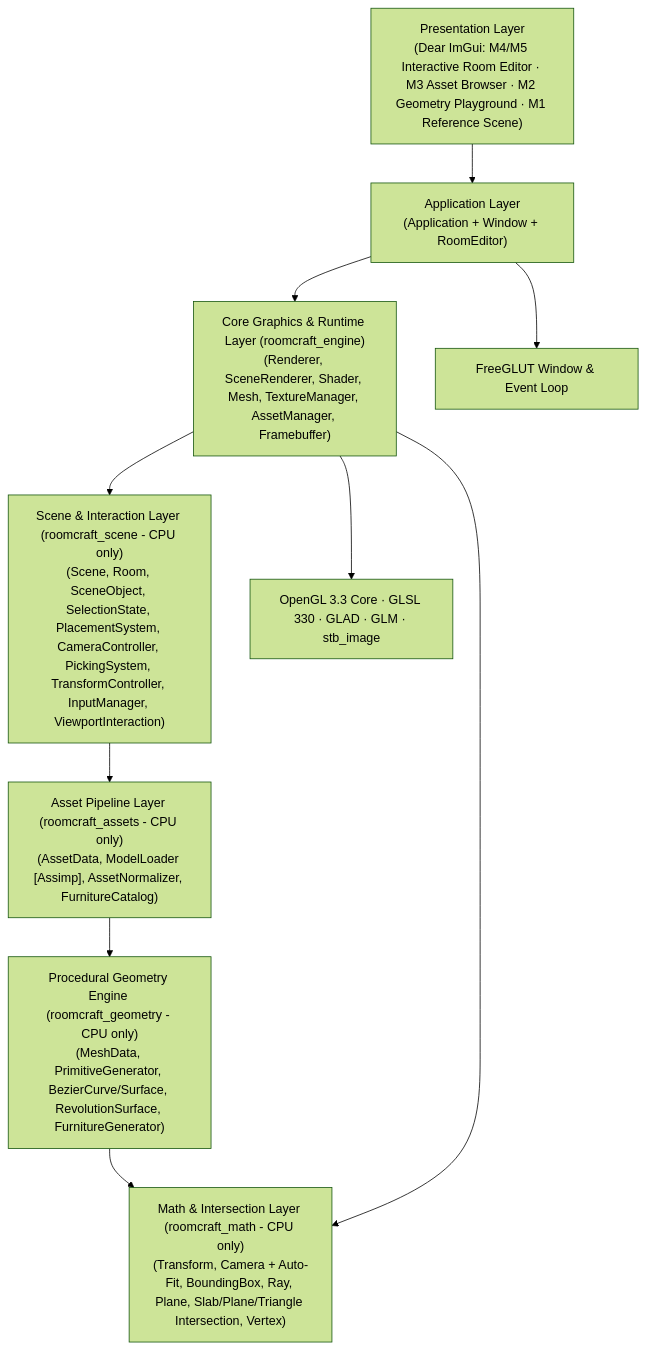
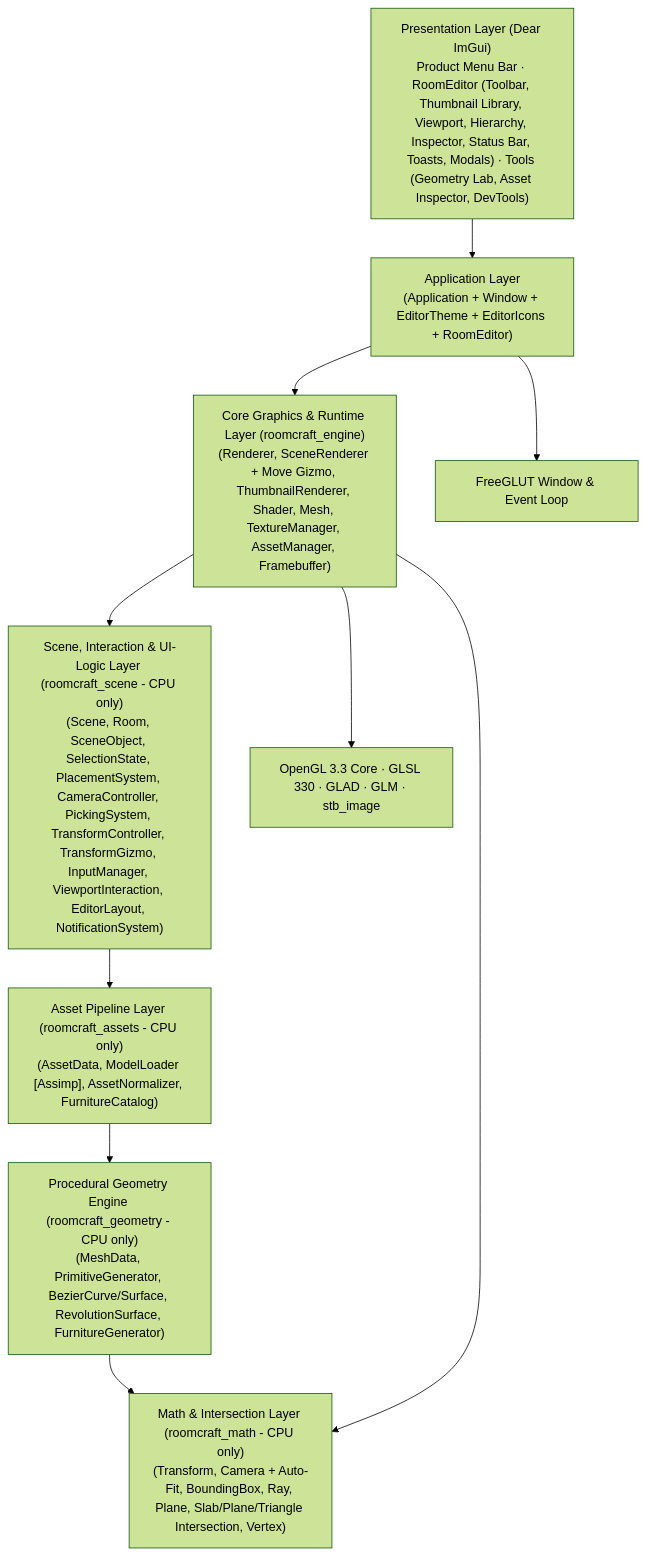
One commit to Eddy-hoang/Room-craft-3d changed the diagram in docs/ARCHITECTURE.md. Above: the diagram before and after it, drawn with Mermaid (forest theme). The commit also changed other lines of this file and 37 other files, not shown here.

Commit message:
update UI: layout, theme, notification system, and transform gizmo

````diff
--- a/docs/ARCHITECTURE.md
+++ b/docs/ARCHITECTURE.md
@@ -5,12 +5,12 @@
 ```mermaid
 flowchart TD
-    UI["Presentation Layer\n(Dear ImGui: M4/M5 Interactive Room Editor · M3 Asset Browser · M2 Geometry Playground · M1 Reference Scene)"] --> APP["Application Layer\n(Application + Window + RoomEditor)"]
-    APP --> GFX["Core Graphics & Runtime Layer (roomcraft_engine)\n(Renderer, SceneRenderer, Shader, Mesh, TextureManager, AssetManager, Framebuffer)"]
-    GFX --> SCENE["Scene & Interaction Layer (roomcraft_scene - CPU only)\n(Scene, Room, SceneObject, SelectionState, PlacementSystem, CameraController, PickingSystem, TransformController, InputManager, ViewportInteraction)"]
+    UI["Presentation Layer (Dear ImGui)\nProduct Menu Bar · RoomEditor (Toolbar, Thumbnail Library, Viewport, Hierarchy, Inspector, Status Bar, Toasts, Modals) · Tools (Geometry Lab, Asset Inspector, DevTools)"] --> APP["Application Layer\n(Application + Window + EditorTheme + EditorIcons + RoomEditor)"]
+    APP --> GFX["Core Graphics & Runtime Layer (roomcraft_engine)\n(Renderer, SceneRenderer + Move Gizmo, ThumbnailRenderer, Shader, Mesh, TextureManager, AssetManager, Framebuffer)"]
+    GFX --> SCENE["Scene, Interaction & UI-Logic Layer (roomcraft_scene - CPU only)\n(Scene, Room, SceneObject, SelectionState, PlacementSystem, CameraController, PickingSystem, TransformController, TransformGizmo, InputManager, ViewportInteraction, EditorLayout, NotificationSystem)"]
     SCENE --> ASSETS["Asset Pipeline Layer (roomcraft_assets - CPU only)\n(AssetData, ModelLoader [Assimp], AssetNormalizer, FurnitureCatalog)"]
     ASSETS --> GEO["Procedural Geometry Engine (roomcraft_geometry - CPU only)\n(MeshData, PrimitiveGenerator, BezierCurve/Surface, RevolutionSurface, FurnitureGenerator)"]
     GEO --> MATH["Math & Intersection Layer (roomcraft_math - CPU only)\n(Transform, Camera + Auto-Fit, BoundingBox, Ray, Plane, Slab/Plane/Triangle Intersection, Vertex)"]
     GFX --> MATH
     GFX --> GL["OpenGL 3.3 Core · GLSL 330 · GLAD · GLM · stb_image"]
     APP --> GLUT["FreeGLUT Window & Event Loop"]
 ```
````
